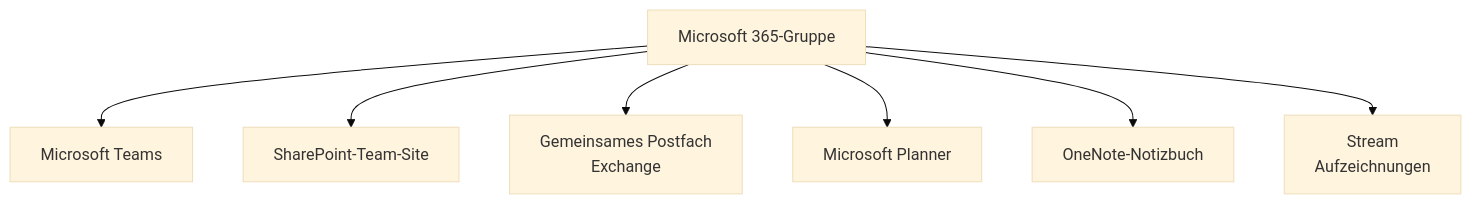
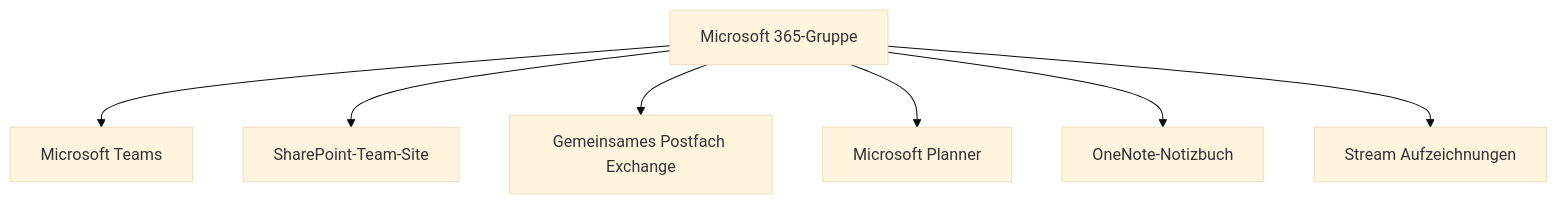
Before and after one commit to SoniiiT/notes-n-docs: the third of 3 diagrams in Microsoft 365/Teams/Teams Grundlagen.md, drawn with Mermaid (base theme). The commit also changed other lines of this file and 124 other files, not shown here.

First line of the commit message:
fix: Entferne \n aus allen Mermaid-Diagrammen (125 Dateien)

````diff
--- a/Microsoft 365/Teams/Teams Grundlagen.md
+++ b/Microsoft 365/Teams/Teams Grundlagen.md
@@ -154,9 +154,9 @@
 ```mermaid
 graph TD
     M365G[Microsoft 365-Gruppe] --> TEAMS[Microsoft Teams]
     M365G --> SPO2[SharePoint-Team-Site]
-    M365G --> EXO2[Gemeinsames Postfach\nExchange]
+    M365G --> EXO2[Gemeinsames Postfach Exchange]
     M365G --> PLAN[Microsoft Planner]
     M365G --> ONE[OneNote-Notizbuch]
-    M365G --> STREAM[Stream\nAufzeichnungen]
+    M365G --> STREAM[Stream Aufzeichnungen]
 ```
````
